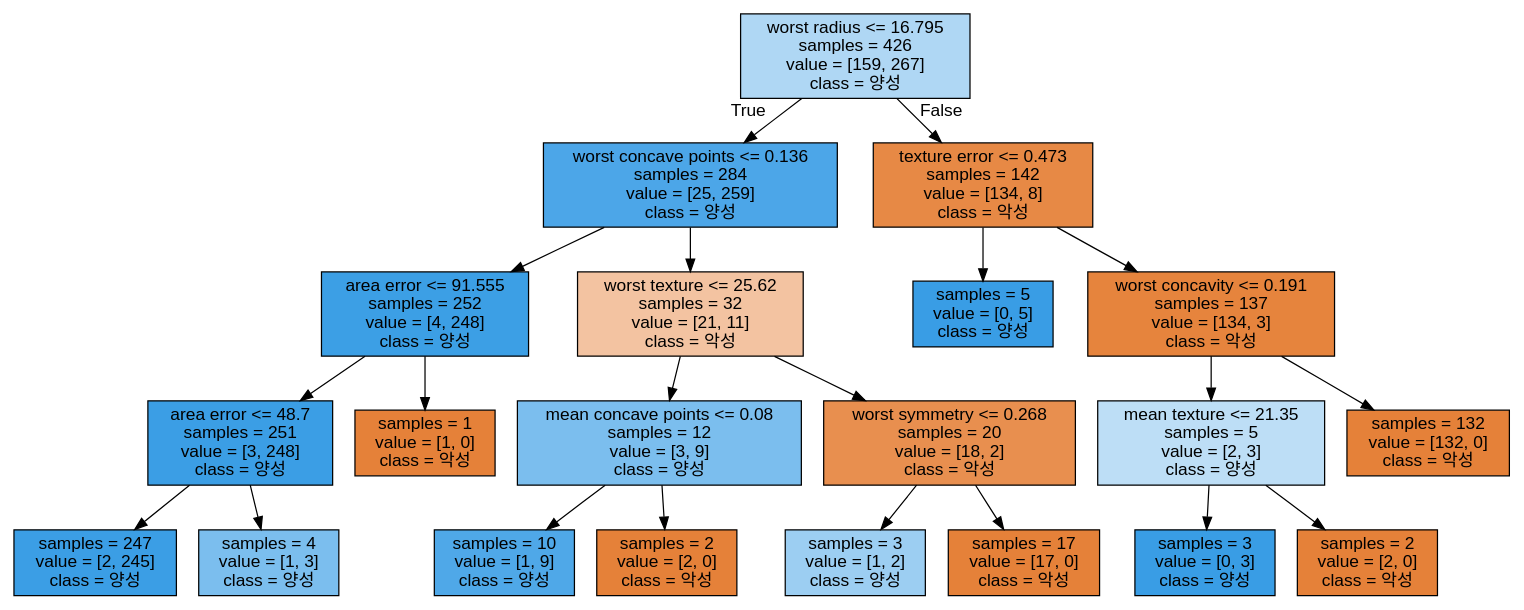
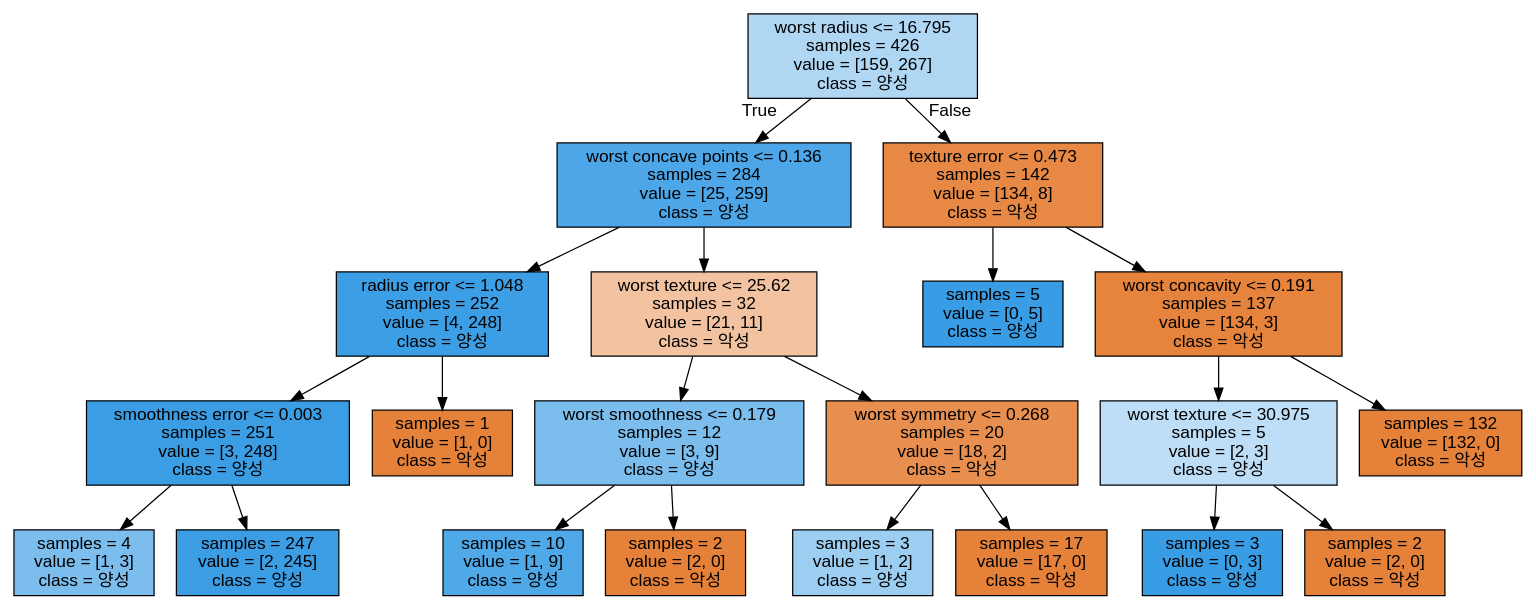
Before and after one commit to 2eemj000/workspace_BigDataR: the diagram in tree.dot, drawn with Graphviz. The commit also changed 14 other files, not shown here.

```diff
--- a/tree.dot
+++ b/tree.dot
@@ -1,45 +1,45 @@
 digraph Tree {
 node [shape=box, style="filled", color="black", fontname="helvetica"] ;
 edge [fontname="helvetica"] ;
 0 [label="worst radius <= 16.795\nsamples = 426\nvalue = [159, 267]\nclass = 양성", fillcolor="#afd7f4"] ;
 1 [label="worst concave points <= 0.136\nsamples = 284\nvalue = [25, 259]\nclass = 양성", fillcolor="#4ca6e8"] ;
 0 -> 1 [labeldistance=2.5, labelangle=45, headlabel="True"] ;
-2 [label="area error <= 91.555\nsamples = 252\nvalue = [4, 248]\nclass = 양성", fillcolor="#3c9fe5"] ;
+2 [label="radius error <= 1.048\nsamples = 252\nvalue = [4, 248]\nclass = 양성", fillcolor="#3c9fe5"] ;
 1 -> 2 ;
-3 [label="area error <= 48.7\nsamples = 251\nvalue = [3, 248]\nclass = 양성", fillcolor="#3b9ee5"] ;
+3 [label="smoothness error <= 0.003\nsamples = 251\nvalue = [3, 248]\nclass = 양성", fillcolor="#3b9ee5"] ;
 2 -> 3 ;
-4 [label="samples = 247\nvalue = [2, 245]\nclass = 양성", fillcolor="#3b9ee5"] ;
+4 [label="samples = 4\nvalue = [1, 3]\nclass = 양성", fillcolor="#7bbeee"] ;
 3 -> 4 ;
-5 [label="samples = 4\nvalue = [1, 3]\nclass = 양성", fillcolor="#7bbeee"] ;
+5 [label="samples = 247\nvalue = [2, 245]\nclass = 양성", fillcolor="#3b9ee5"] ;
 3 -> 5 ;
 6 [label="samples = 1\nvalue = [1, 0]\nclass = 악성", fillcolor="#e58139"] ;
 2 -> 6 ;
 7 [label="worst texture <= 25.62\nsamples = 32\nvalue = [21, 11]\nclass = 악성", fillcolor="#f3c3a1"] ;
 1 -> 7 ;
-8 [label="mean concave points <= 0.08\nsamples = 12\nvalue = [3, 9]\nclass = 양성", fillcolor="#7bbeee"] ;
+8 [label="worst smoothness <= 0.179\nsamples = 12\nvalue = [3, 9]\nclass = 양성", fillcolor="#7bbeee"] ;
 7 -> 8 ;
 9 [label="samples = 10\nvalue = [1, 9]\nclass = 양성", fillcolor="#4fa8e8"] ;
 8 -> 9 ;
 10 [label="samples = 2\nvalue = [2, 0]\nclass = 악성", fillcolor="#e58139"] ;
 8 -> 10 ;
 11 [label="worst symmetry <= 0.268\nsamples = 20\nvalue = [18, 2]\nclass = 악성", fillcolor="#e88f4f"] ;
 7 -> 11 ;
 12 [label="samples = 3\nvalue = [1, 2]\nclass = 양성", fillcolor="#9ccef2"] ;
 11 -> 12 ;
 13 [label="samples = 17\nvalue = [17, 0]\nclass = 악성", fillcolor="#e58139"] ;
 11 -> 13 ;
 14 [label="texture error <= 0.473\nsamples = 142\nvalue = [134, 8]\nclass = 악성", fillcolor="#e78945"] ;
 0 -> 14 [labeldistance=2.5, labelangle=-45, headlabel="False"] ;
 15 [label="samples = 5\nvalue = [0, 5]\nclass = 양성", fillcolor="#399de5"] ;
 14 -> 15 ;
 16 [label="worst concavity <= 0.191\nsamples = 137\nvalue = [134, 3]\nclass = 악성", fillcolor="#e6843d"] ;
 14 -> 16 ;
-17 [label="mean texture <= 21.35\nsamples = 5\nvalue = [2, 3]\nclass = 양성", fillcolor="#bddef6"] ;
+17 [label="worst texture <= 30.975\nsamples = 5\nvalue = [2, 3]\nclass = 양성", fillcolor="#bddef6"] ;
 16 -> 17 ;
 18 [label="samples = 3\nvalue = [0, 3]\nclass = 양성", fillcolor="#399de5"] ;
 17 -> 18 ;
 19 [label="samples = 2\nvalue = [2, 0]\nclass = 악성", fillcolor="#e58139"] ;
 17 -> 19 ;
 20 [label="samples = 132\nvalue = [132, 0]\nclass = 악성", fillcolor="#e58139"] ;
 16 -> 20 ;
 }
```
